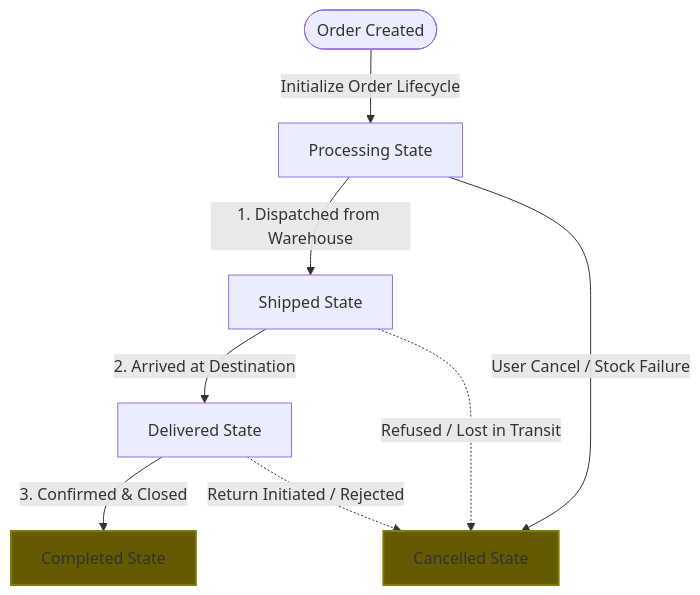
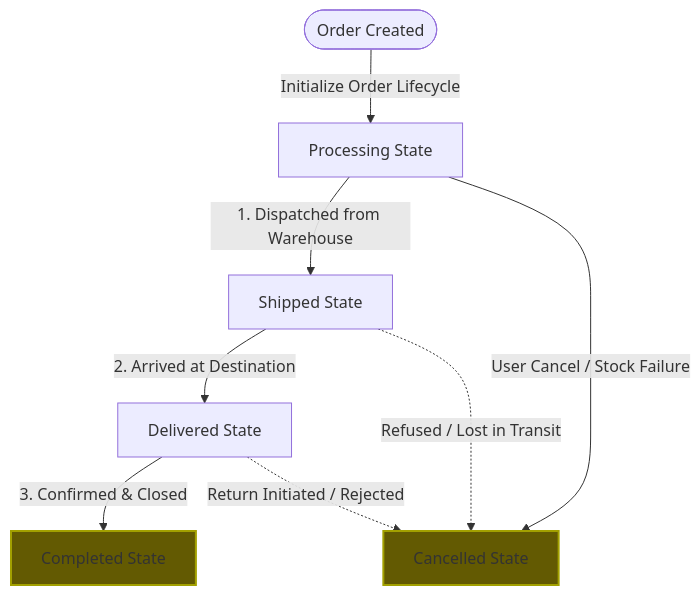
One commit to yewess97/Grace changed the fifth of 11 diagrams in docs/11-project-workflow.md. Above: the diagram before and after it, drawn with Mermaid.

````diff
--- a/docs/11-project-workflow.md
+++ b/docs/11-project-workflow.md
@@ -204,26 +204,26 @@
 ```mermaid
 flowchart TD
     %% Nodes
     Start([Order Created])
     Proc[Processing State]
     Ship[Shipped State]
     Deliv[Delivered State]
     Comp[Completed State]
     Cancel[Cancelled State]
 
     %% Main Success Path (Happy Path)
     Start -->|Initialize Order Lifecycle| Proc
     Proc -->|1. Dispatched from Warehouse| Ship
     Ship -->|2. Arrived at Destination| Deliv
     Deliv -->|3. Confirmed & Closed| Comp
 
     %% Exception Handling (Cancellation Paths)
     Proc --->|User Cancel / Stock Failure| Cancel
     Ship -.->|Refused / Lost in Transit| Cancel
     Deliv -.->|Return Initiated / Rejected| Cancel
 
     %% Terminal States Styling Context
-    classDef terminal fill:#635a02,stroke:#7f7e00,stroke-width:2px;
+    classDef terminal fill:#635a02,stroke:#a2a000,stroke-width:2px;
     class Comp terminal;
     class Cancel terminal;
 ```
````
